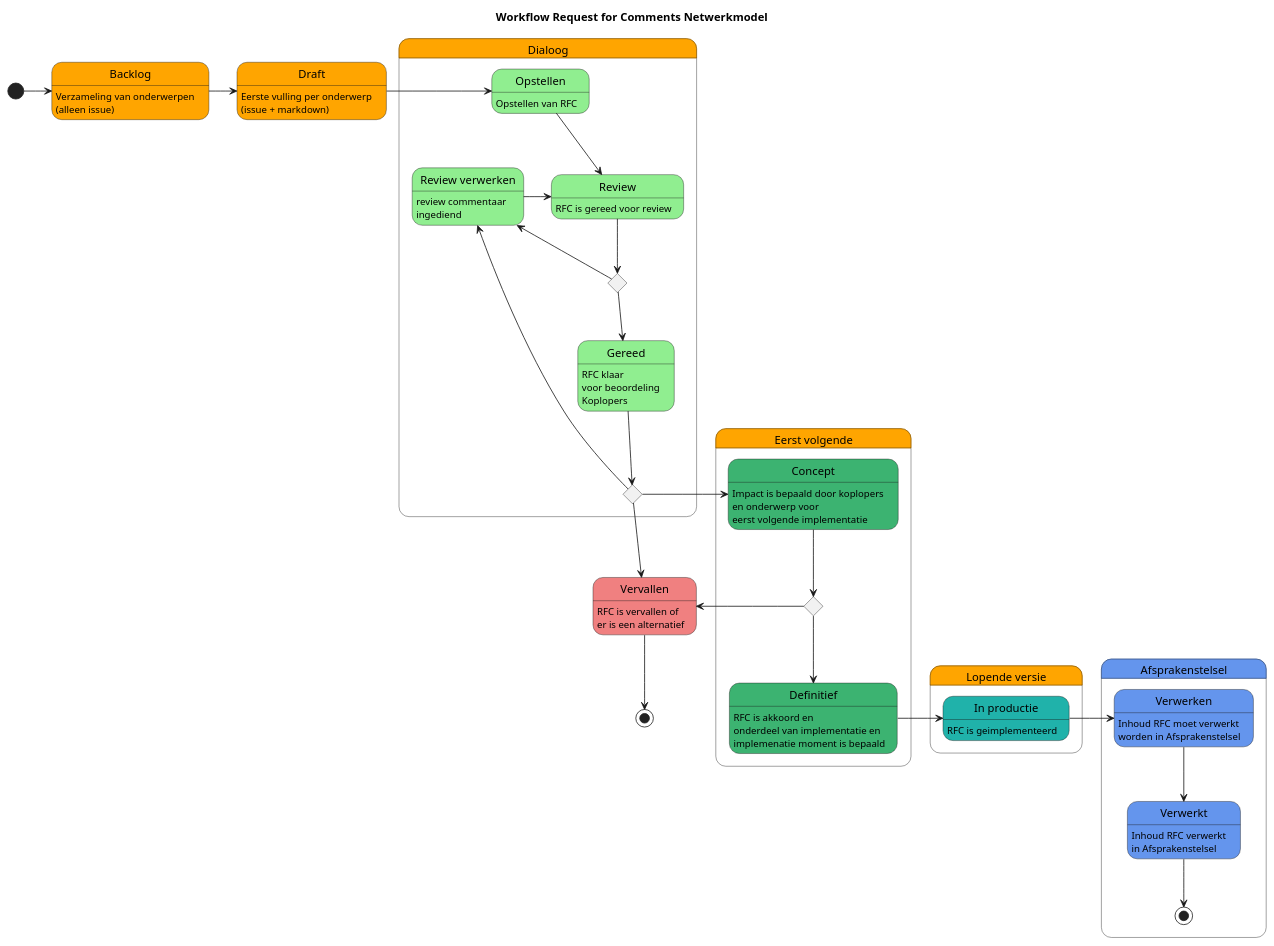
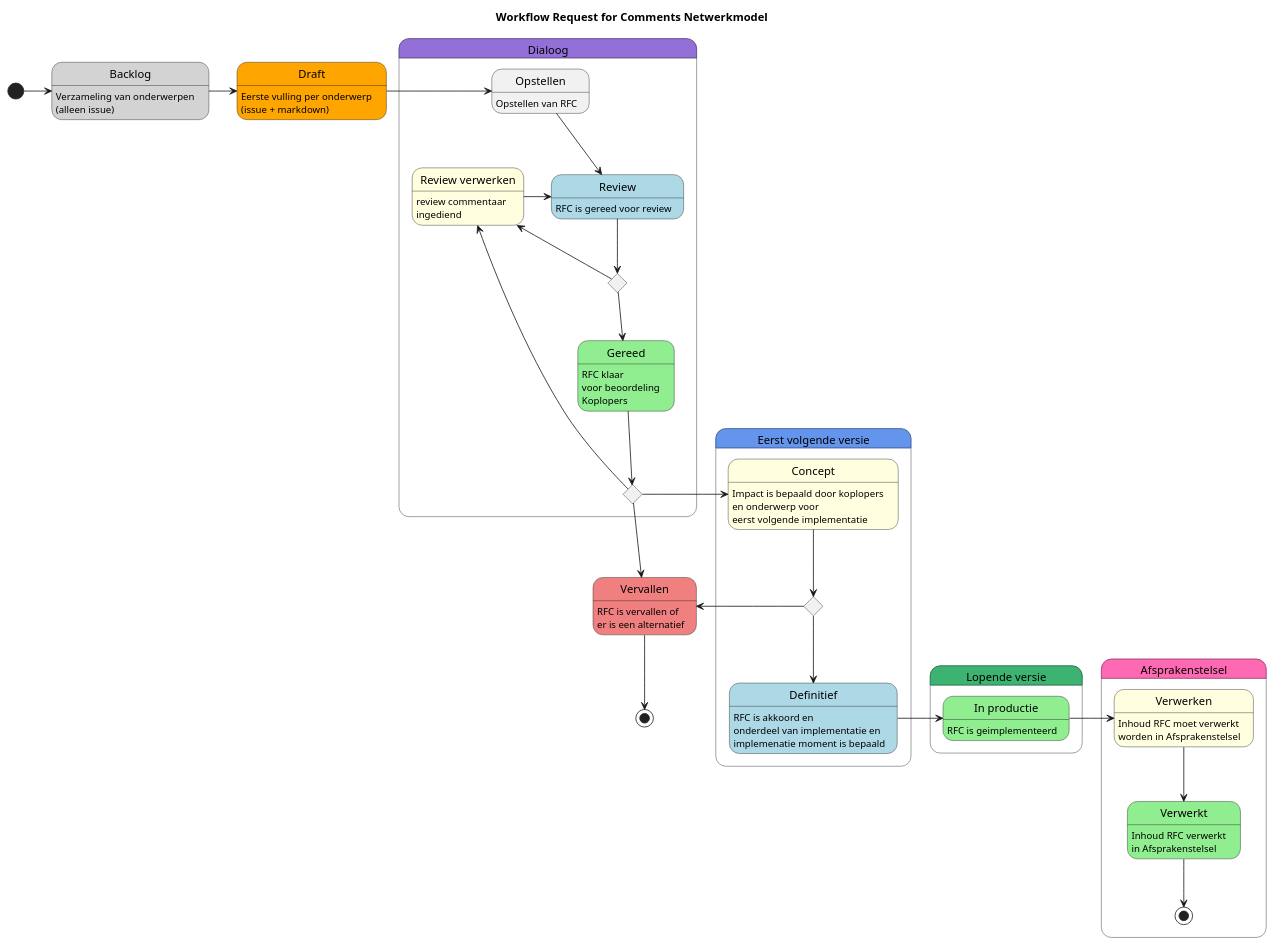
Before and after one commit to iStandaarden/iWlz-RequestForComment: the diagram in plantUMLsrc/rfc-flow.puml, drawn with PlantUML.

Commit message:
color_update

```diff
--- a/plantUMLsrc/rfc-flow.puml
+++ b/plantUMLsrc/rfc-flow.puml
@@ -1,64 +1,64 @@
-@startuml
+@startuml Workflow Request for Comments Netwerkmodel
 title Workflow Request for Comments Netwerkmodel
 
-state Backlog #Orange : Verzameling van onderwerpen \n(alleen issue)
+state Backlog #LightGray : Verzameling van onderwerpen \n(alleen issue)
 state Draft #Orange : Eerste vulling per onderwerp \n(issue + markdown)
 
  [*] -> Backlog
- Backlog -> Draft #Orange
+ Backlog -> Draft 
 
 
-state Dialoog #Orange {
-    state Opstellen #LightGreen : Opstellen van RFC
-    state "Review" as tr #LightGreen : RFC is gereed voor review
+state Dialoog #MediumPurple {
+    state Opstellen : Opstellen van RFC
+    state "Review" as tr #LightBlue : RFC is gereed voor review
     state c1 <<choice>>
-    state "Review verwerken" as rv #LightGreen :  review commentaar \ningediend
+    state "Review verwerken" as rv #LightYellow :  review commentaar \ningediend
     state Gereed #LightGreen : RFC klaar \nvoor beoordeling \nKoplopers
     state c2 <<choice>>
 
     Opstellen --> tr
     tr --> c1
     c1 --> rv 
     c1 --> Gereed 
     rv -> tr
     Gereed --> c2
     c2 --> rv 
 }
 
  Draft -> Opstellen
 
-state "Eerst volgende" as ev #Orange {
-    state Concept #MediumSeaGreen : Impact is bepaald door koplopers \nen onderwerp voor \neerst volgende implementatie
+state "Eerst volgende versie" as ev #CornflowerBlue {
+    state Concept #LightYellow : Impact is bepaald door koplopers \nen onderwerp voor \neerst volgende implementatie
     state c3 <<choice>>
-    state Definitief #MediumSeaGreen : RFC is akkoord en \nonderdeel van implementatie en \nimplemenatie moment is bepaald
+    state Definitief #LightBlue : RFC is akkoord en \nonderdeel van implementatie en \nimplemenatie moment is bepaald
 
     Concept --> c3
     c3 --> Definitief
 }
 
  c2 -> Concept
 
-state "Lopende versie" as lv #Orange {
-    state "In productie" as ip #LightSeaGreen : RFC is geimplementeerd
+state "Lopende versie" as lv #MediumSeaGreen {
+    state "In productie" as ip #LightGreen : RFC is geimplementeerd
 }
 
  Definitief -> ip
 
-state Afsprakenstelsel #CornflowerBlue {
-    state Verwerken #CornflowerBlue : Inhoud RFC moet verwerkt \nworden in Afsprakenstelsel
-    state Verwerkt #CornflowerBlue : Inhoud RFC verwerkt \nin Afsprakenstelsel
+state Afsprakenstelsel #HotPink {
+    state Verwerken #LightYellow : Inhoud RFC moet verwerkt \nworden in Afsprakenstelsel
+    state Verwerkt #LightGreen : Inhoud RFC verwerkt \nin Afsprakenstelsel
 
     Verwerken --> Verwerkt
     Verwerkt --> [*]
 }
  ip -> Verwerken
 
 state Vervallen #LightCoral : RFC is vervallen of \ner is een alternatief
 
 c2 --> Vervallen 
 c3 -> Vervallen
 Vervallen --> [*]
 
  
 
 @enduml
```
